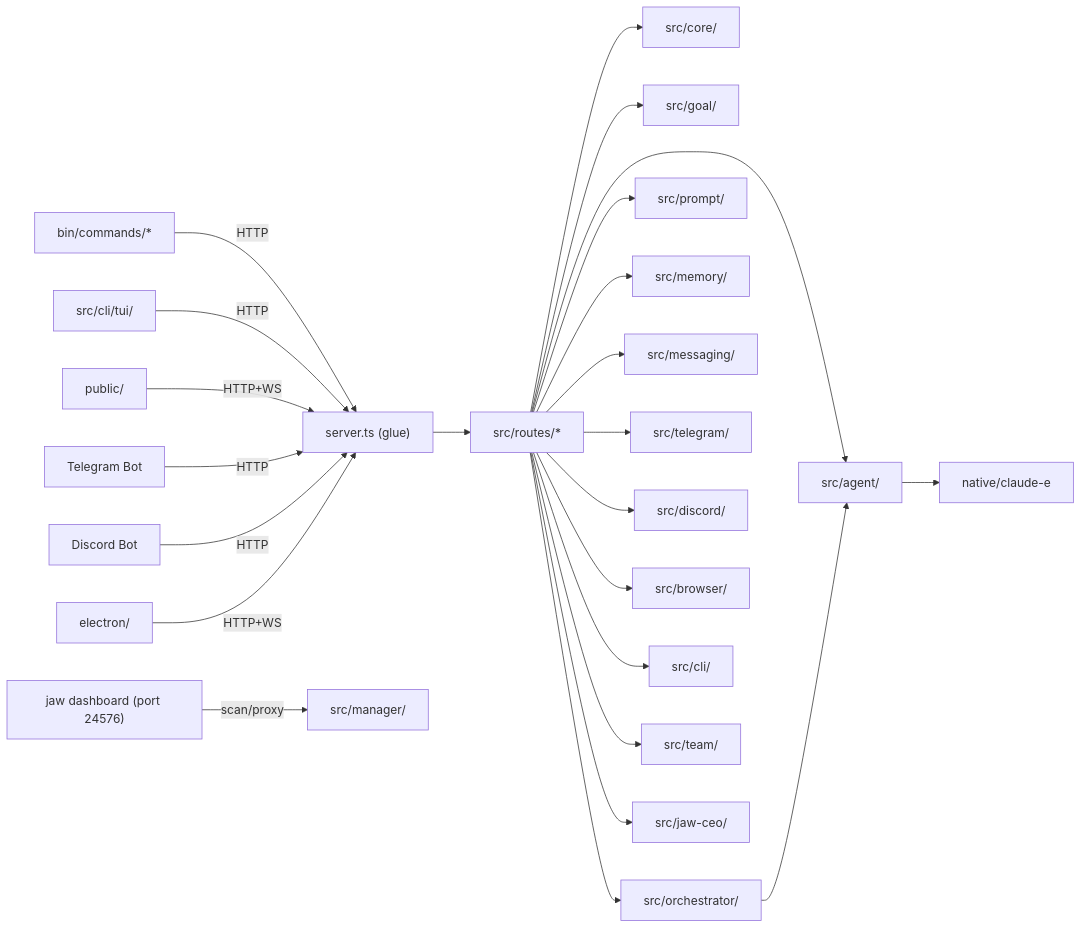
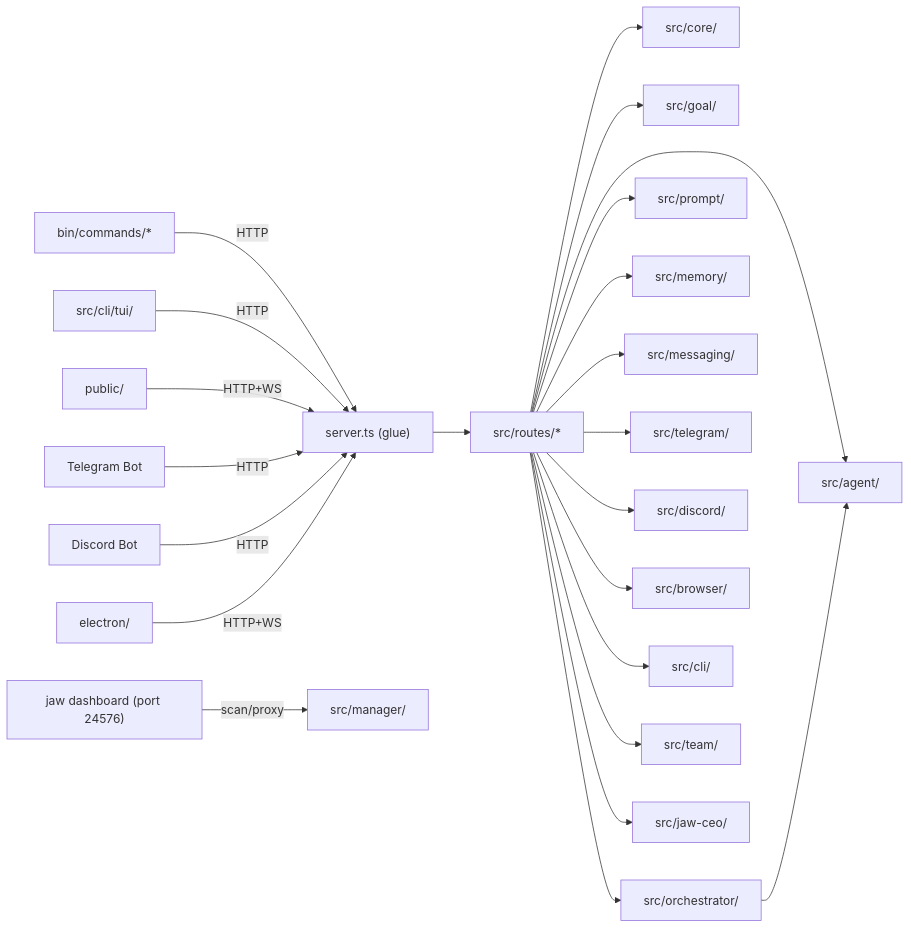
Before and after one commit to lidge-jun/cli-jaw: the diagram in structure/INDEX.md, drawn with Mermaid. The commit also changed other lines of this file and 36 other files, not shown here.

````diff
--- a/structure/INDEX.md
+++ b/structure/INDEX.md
@@ -29,26 +29,25 @@
 ```mermaid
 graph LR
     CLI["bin/commands/*"] -->|HTTP| SRV["server.ts (glue)"]
     TUI["src/cli/tui/"] -->|HTTP| SRV
     WEB["public/"] -->|HTTP+WS| SRV
     TG["Telegram Bot"] -->|HTTP| SRV
     DC["Discord Bot"] -->|HTTP| SRV
     ELEC["electron/"] -->|HTTP+WS| SRV
     DASH["jaw dashboard (port 24576)"] -->|scan/proxy| MGR["src/manager/"]
     SRV --> ROUTES["src/routes/*"]
     ROUTES --> CORE["src/core/"]
     ROUTES --> AGT["src/agent/"]
     ROUTES --> GOAL["src/goal/"]
     ROUTES --> ORC["src/orchestrator/"]
     ROUTES --> PRM["src/prompt/"]
     ROUTES --> MEM["src/memory/"]
     ROUTES --> MSG["src/messaging/"]
     ROUTES --> TGMOD["src/telegram/"]
     ROUTES --> DCMOD["src/discord/"]
     ROUTES --> BR["src/browser/"]
     ROUTES --> CMD["src/cli/"]
     ROUTES --> TEAM["src/team/"]
     ROUTES --> CEO["src/jaw-ceo/"]
     ORC --> AGT
-    AGT --> NATIVE["native/claude-e"]
 ```
````
